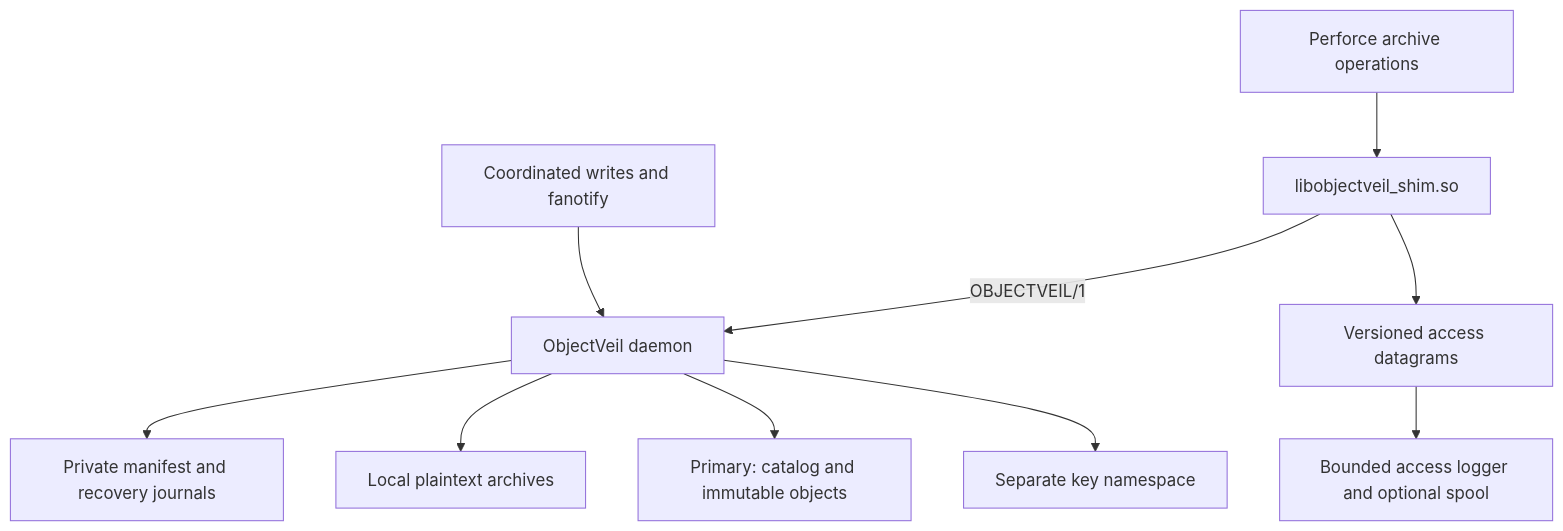
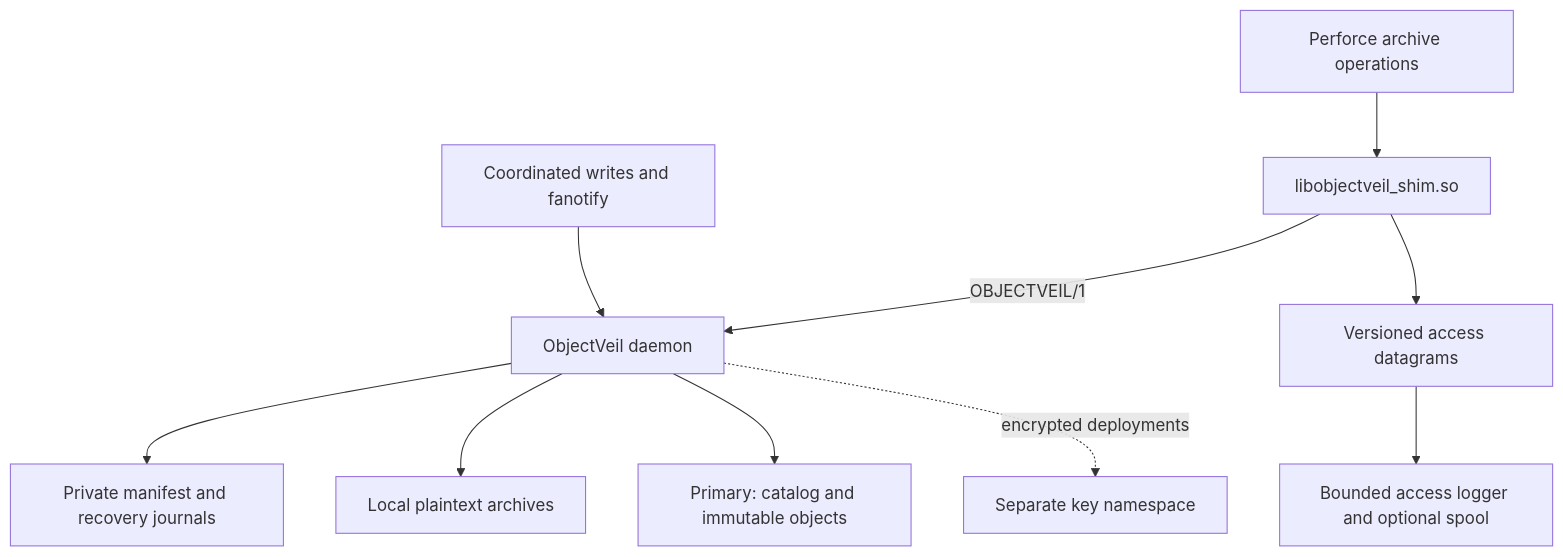
Before and after one commit to rcjackson0926/objectveil: the diagram in docs/ARCHITECTURE.md, drawn with Mermaid. The commit also changed other lines of this file and 35 other files, not shown here.

````diff
--- a/docs/ARCHITECTURE.md
+++ b/docs/ARCHITECTURE.md
@@ -9,12 +9,12 @@
 ```mermaid
 flowchart TD
     P[Perforce archive operations] --> S[libobjectveil_shim.so]
     S -->|OBJECTVEIL/1| D[ObjectVeil daemon]
     W[Coordinated writes and fanotify] --> D
     D --> M[Private manifest and recovery journals]
     D --> H[Local plaintext archives]
     D --> B[Primary: catalog and immutable objects]
-    D --> K[Separate key namespace]
+    D -. encrypted deployments .-> K[Separate key namespace]
     S --> A[Versioned access datagrams]
     A --> L[Bounded access logger and optional spool]
 ```
````
